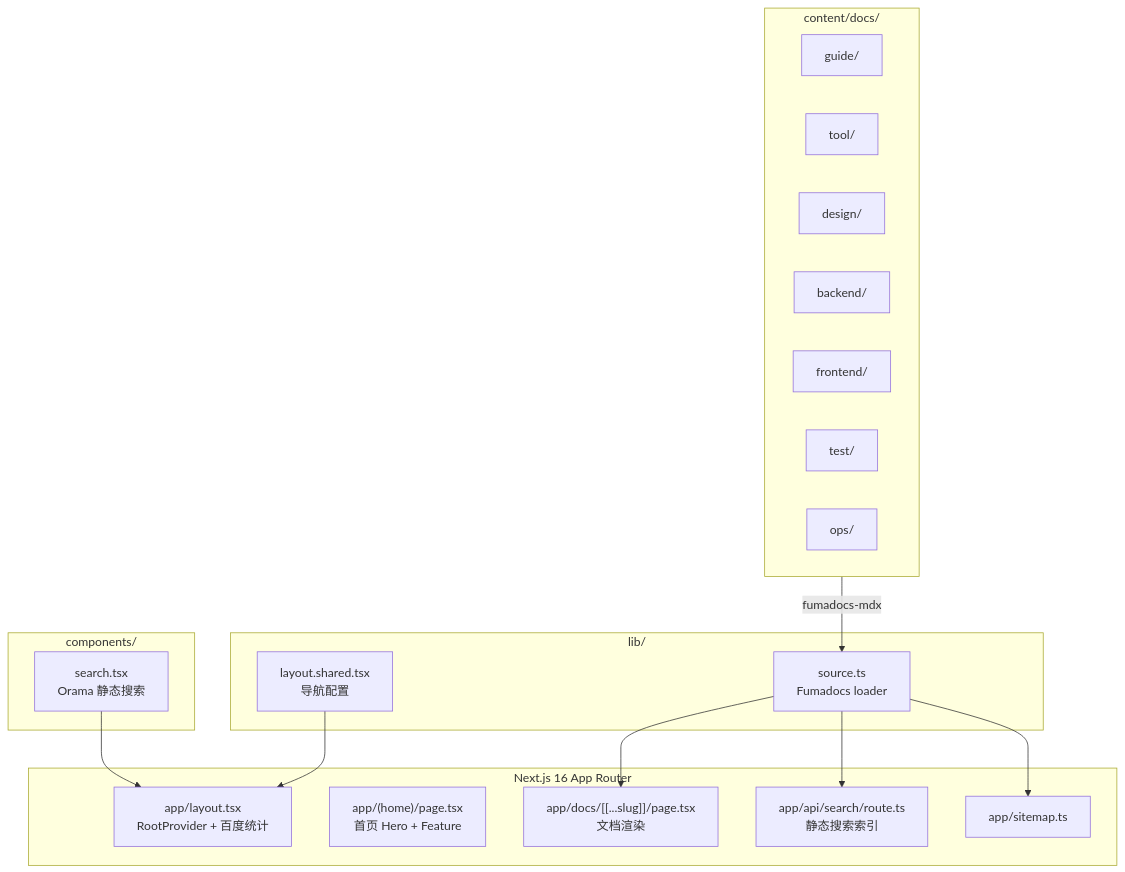
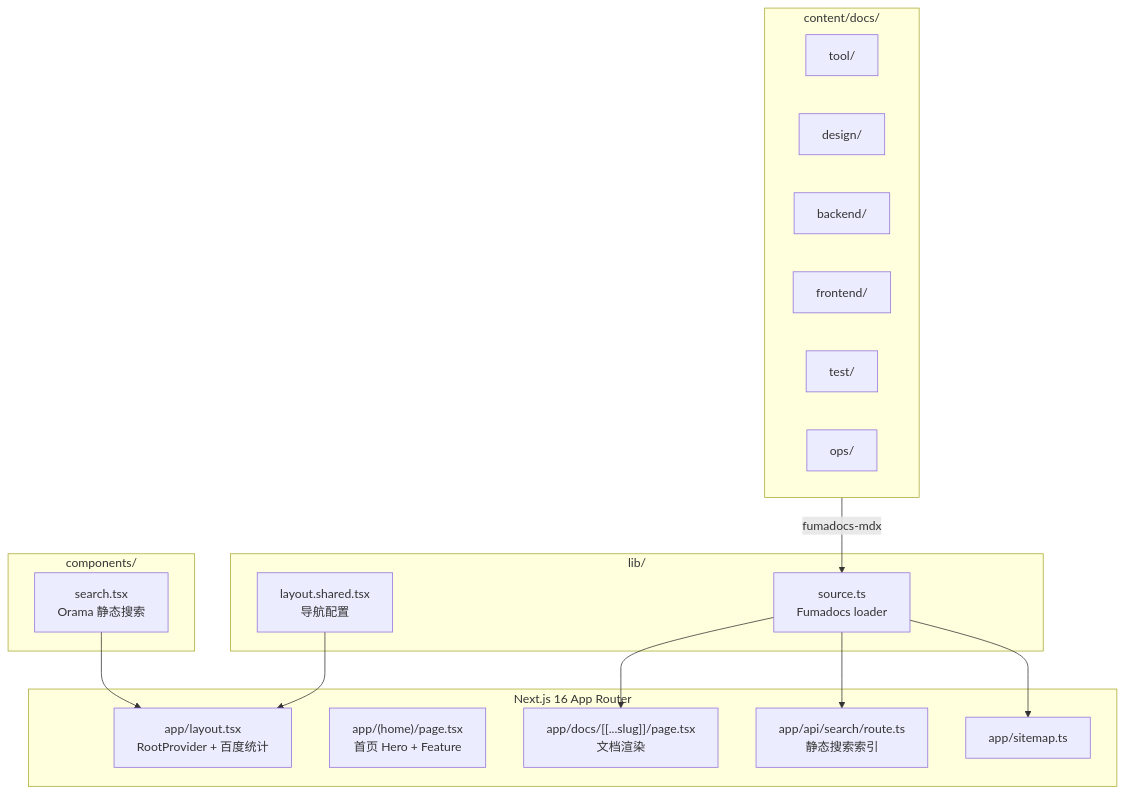
One commit to xinyii/stack-reduce changed the diagram in CLAUDE.md. Above: the diagram before and after it, drawn with Mermaid. The commit also changed 53 other files, not shown here.

````diff
--- a/CLAUDE.md
+++ b/CLAUDE.md
@@ -9,32 +9,31 @@
 ```mermaid
 graph TD
   subgraph NextApp["Next.js 16 App Router"]
     RootLayout["app/layout.tsx<br/>RootProvider + 百度统计"]
     HomeRoute["app/(home)/page.tsx<br/>首页 Hero + Feature"]
     DocsRoute["app/docs/[[...slug]]/page.tsx<br/>文档渲染"]
     SearchAPI["app/api/search/route.ts<br/>静态搜索索引"]
     Sitemap["app/sitemap.ts"]
   end
   subgraph Lib["lib/"]
     Source["source.ts<br/>Fumadocs loader"]
     LayoutShared["layout.shared.tsx<br/>导航配置"]
   end
   subgraph Content["content/docs/"]
-    Guide["guide/"]
     Tool["tool/"]
     Design["design/"]
     Backend["backend/"]
     Frontend["frontend/"]
     Test["test/"]
     Ops["ops/"]
   end
   subgraph Components["components/"]
     SearchDialog["search.tsx<br/>Orama 静态搜索"]
   end
   Content -->|"fumadocs-mdx"| Source
   Source --> DocsRoute
   Source --> SearchAPI
   Source --> Sitemap
   LayoutShared --> RootLayout
   SearchDialog --> RootLayout
 ```
````
